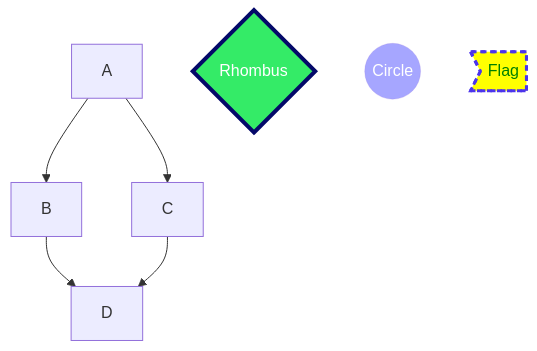
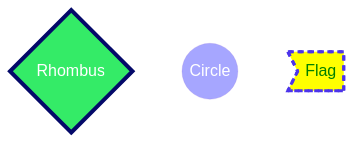
One commit to danielurra/mermaid changed the diagram in README.md. Above: the diagram before and after it, drawn with Mermaid.

````diff
--- a/README.md
+++ b/README.md
@@ -12,15 +12,11 @@
 ```mermaid
   graph TD;
-      A-->B;
-      A-->C;
-      B-->D;
-      C-->D;
       st{Rhombus};
       good((Circle));
       en>Flag];
       style st fill:#34eb67,color:#FFFFFF,stroke:#040969,stroke-width:4px;
       style good fill:blue,fill-opacity:0.35,color:#FFFFFF,stroke-opacity:0.2;
       style en fill:yellow,color:#008000,stroke:#4c34eb,stroke-width:3px,stroke-dasharray: 5 5;
       
       
 ```
````
